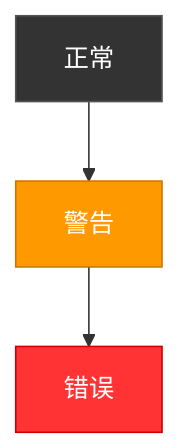
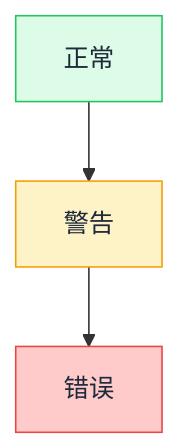
Diagram 11 of 15 in patra-api/docs/.claude/memories/mermaid.md (linqibin0826/patra), drawn with Mermaid before and after one commit. The commit also changed other lines of this file and 1 other file, not shown here.

First line of the commit message:
docs(memories): 优化图表规范颜色为浅色模式友好的 Tailwind 调色板

````diff
--- a/patra-api/docs/.claude/memories/mermaid.md
+++ b/patra-api/docs/.claude/memories/mermaid.md
@@ -287,14 +321,14 @@
 ```mermaid
 flowchart TD
     A[正常] --> B[警告] --> C[错误]
 
-    %% 定义样式类（三件套）
-    classDef normal fill:#333333,stroke:#555555,color:#ffffff;
-    classDef warn fill:#ff9900,stroke:#cc7700,color:#ffffff;
-    classDef err fill:#ff3333,stroke:#cc0000,color:#ffffff;
+    %% 定义样式类（三件套：浅色背景 + 深色边框 + 深色文字）
+    classDef normal fill:#dcfce7,stroke:#22c55e,color:#1e293b;
+    classDef warn fill:#fef3c7,stroke:#f59e0b,color:#1e293b;
+    classDef err fill:#fecaca,stroke:#ef4444,color:#1e293b;
 
     %% 应用样式
     class A normal;
     class B warn;
     class C err;
 ```
````
